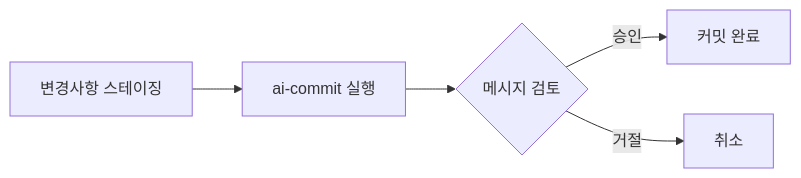
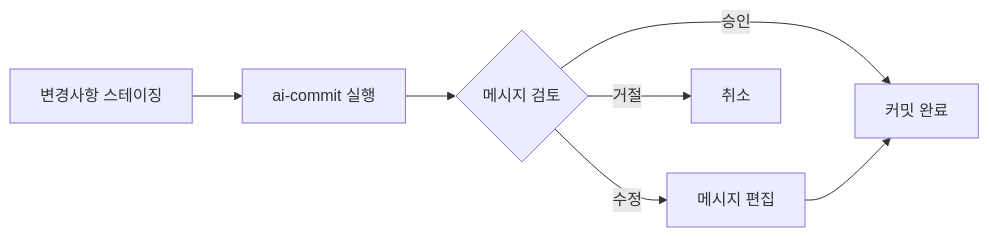
Before and after one commit to in-jun/ai-commit: the diagram in README.md, drawn with Mermaid. The commit also changed other lines of this file and 1 other file, not shown here.

First line of the commit message:
feat: 메시지 편집 기능 추가 및 버전 업데이트

````diff
--- a/README.md
+++ b/README.md
@@ -121,7 +127,9 @@
 ```mermaid
 graph LR
     A[변경사항 스테이징] --> B[ai-commit 실행]
     B --> C{메시지 검토}
     C -->|승인| D[커밋 완료]
-    C -->|거절| E[취소]
+    C -->|수정| E[메시지 편집]
+    C -->|거절| F[취소]
+    E --> D
 ```
````
